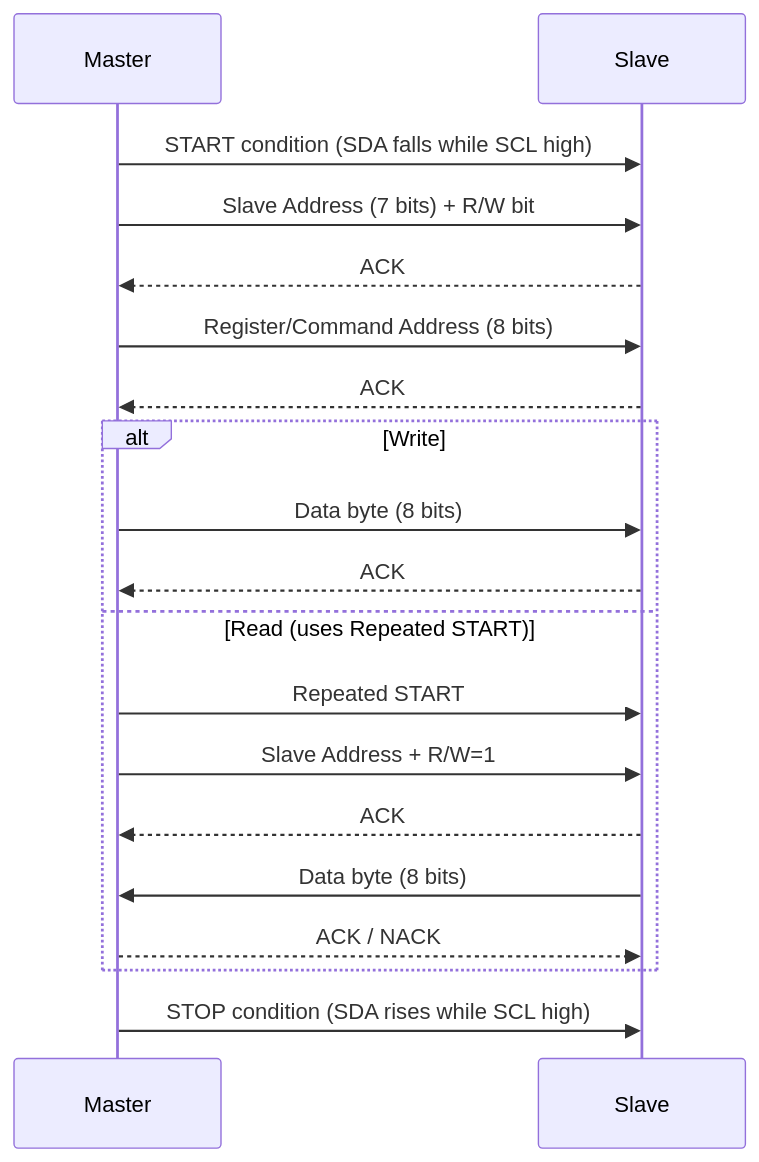
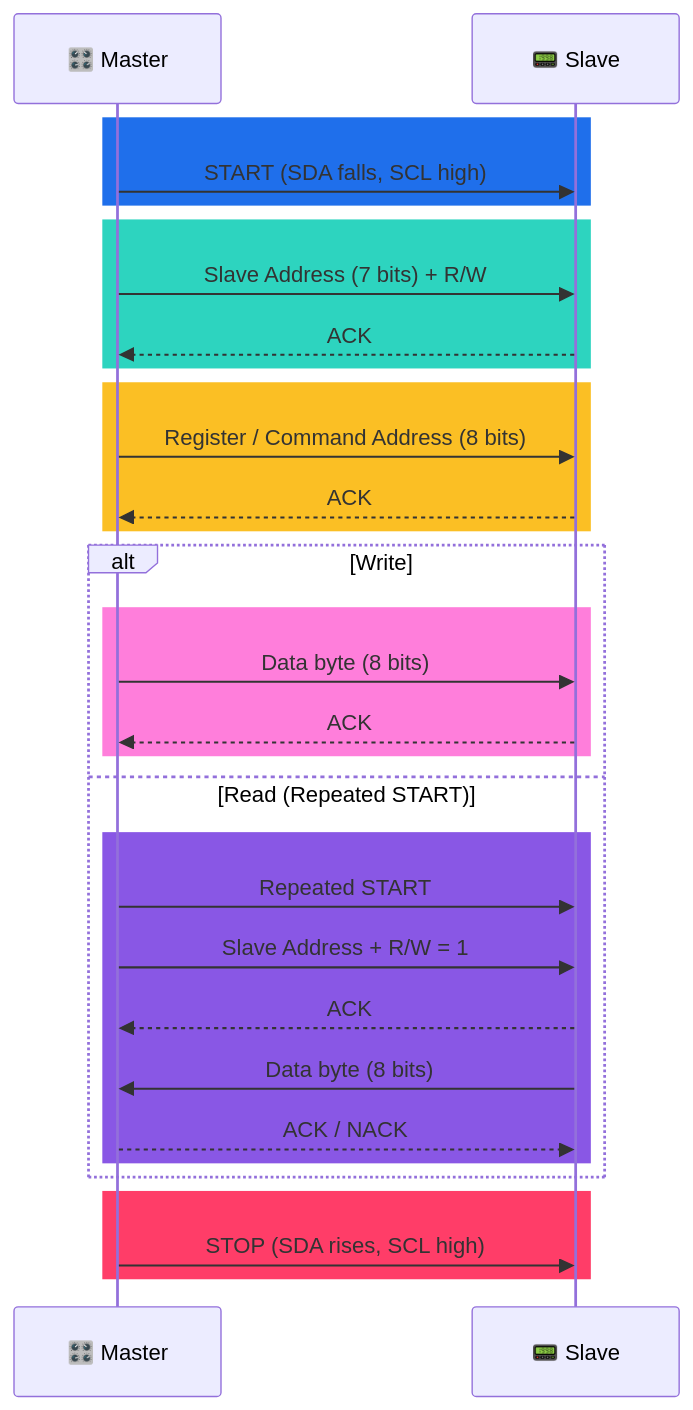
One commit to Shriram1302/I2C_PROTOCOL_IN_VERILOG changed the second of 6 diagrams in README.md. Above: the diagram before and after it, drawn with Mermaid. The commit also changed other lines of this file, not shown here.

````diff
--- a/README.md
+++ b/README.md
@@ -112,22 +104,34 @@
 ```mermaid
 sequenceDiagram
-    participant M as Master
-    participant S as Slave
+    participant M as 🎛️ Master
+    participant S as 📟 Slave
 
-    M->>S: START condition (SDA falls while SCL high)
-    M->>S: Slave Address (7 bits) + R/W bit
+    rect rgb(31, 111, 235)
+    M->>S: START (SDA falls, SCL high)
+    end
+    rect rgb(45, 212, 191)
+    M->>S: Slave Address (7 bits) + R/W
     S-->>M: ACK
-    M->>S: Register/Command Address (8 bits)
+    end
+    rect rgb(251, 191, 36)
+    M->>S: Register / Command Address (8 bits)
     S-->>M: ACK
+    end
     alt Write
+        rect rgb(255, 126, 219)
         M->>S: Data byte (8 bits)
         S-->>M: ACK
-    else Read (uses Repeated START)
+        end
+    else Read (Repeated START)
+        rect rgb(137, 87, 229)
         M->>S: Repeated START
-        M->>S: Slave Address + R/W=1
+        M->>S: Slave Address + R/W = 1
         S-->>M: ACK
         S->>M: Data byte (8 bits)
         M-->>S: ACK / NACK
+        end
     end
-    M->>S: STOP condition (SDA rises while SCL high)
+    rect rgb(255, 61, 104)
+    M->>S: STOP (SDA rises, SCL high)
+    end
 ```
````
